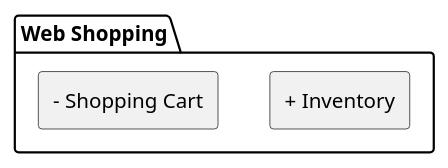
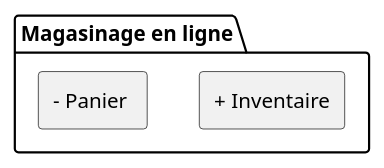
The diagram in plant_uml/packageVisibility.plantuml (gigl-uml/Guide_uml_polymtl), drawn with PlantUML before and after one commit. The commit also changed 11 other files, not shown here.

```diff
--- a/plant_uml/packageVisibility.plantuml
+++ b/plant_uml/packageVisibility.plantuml
@@ -1,8 +1,8 @@
 @startuml
 hide circle
 skinparam backgroundcolor transparent
-package "Web Shopping" {
-  rectangle "+ Inventory"
-  rectangle "- Shopping Cart"
+package "Magasinage en ligne" {
+  rectangle "+ Inventaire"
+  rectangle "- Panier "
 }
 @enduml
```
